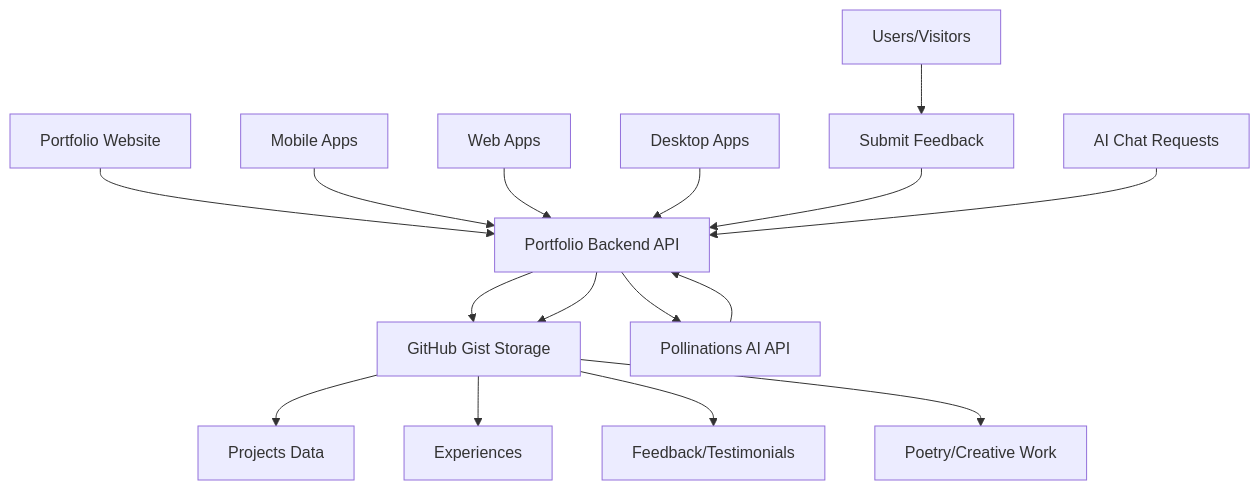
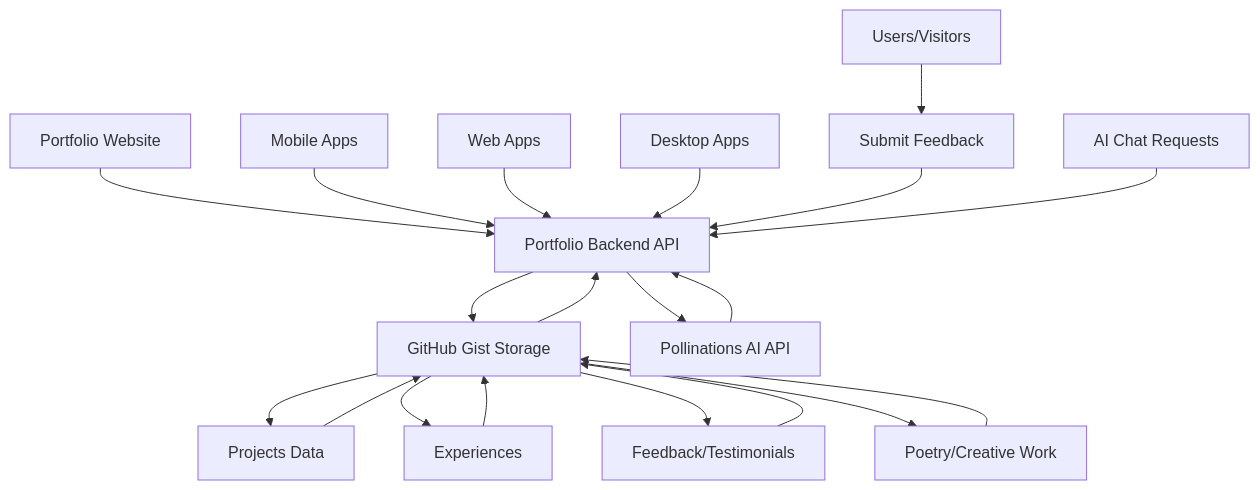
Before and after one commit to RyannKim327/portfolio-backend: the diagram in README.md, drawn with Mermaid.

Commit message:
01-01-26 12:22

````diff
--- a/README.md
+++ b/README.md
@@ -181,22 +181,27 @@
 ```mermaid
 flowchart TD
     A[Portfolio Website] --> B[Portfolio Backend API]
     C[Mobile Apps] --> B
     D[Web Apps] --> B
     E[Desktop Apps] --> B
     
     B --> F[GitHub Gist Storage]
     
     F --> G[Projects Data]
     F --> H[Experiences]
     F --> I[Feedback/Testimonials]
     F --> J[Poetry/Creative Work]
-    
+
+    G --> F
+    H --> F
+    I --> F
+    J --> F
+
     K[Users/Visitors] --> L[Submit Feedback]
     L --> B
-    B --> F
+    F --> B
     
     M[AI Chat Requests] --> B
     B --> N[Pollinations AI API]
     N --> B
 ```
````
